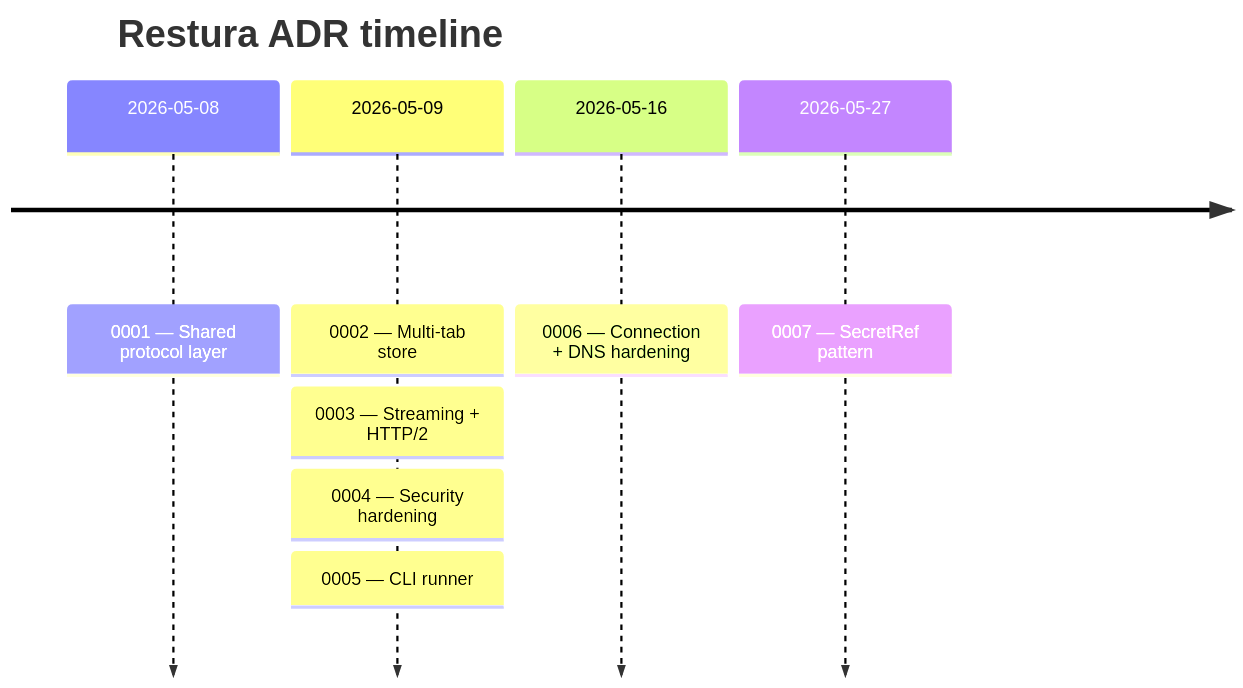
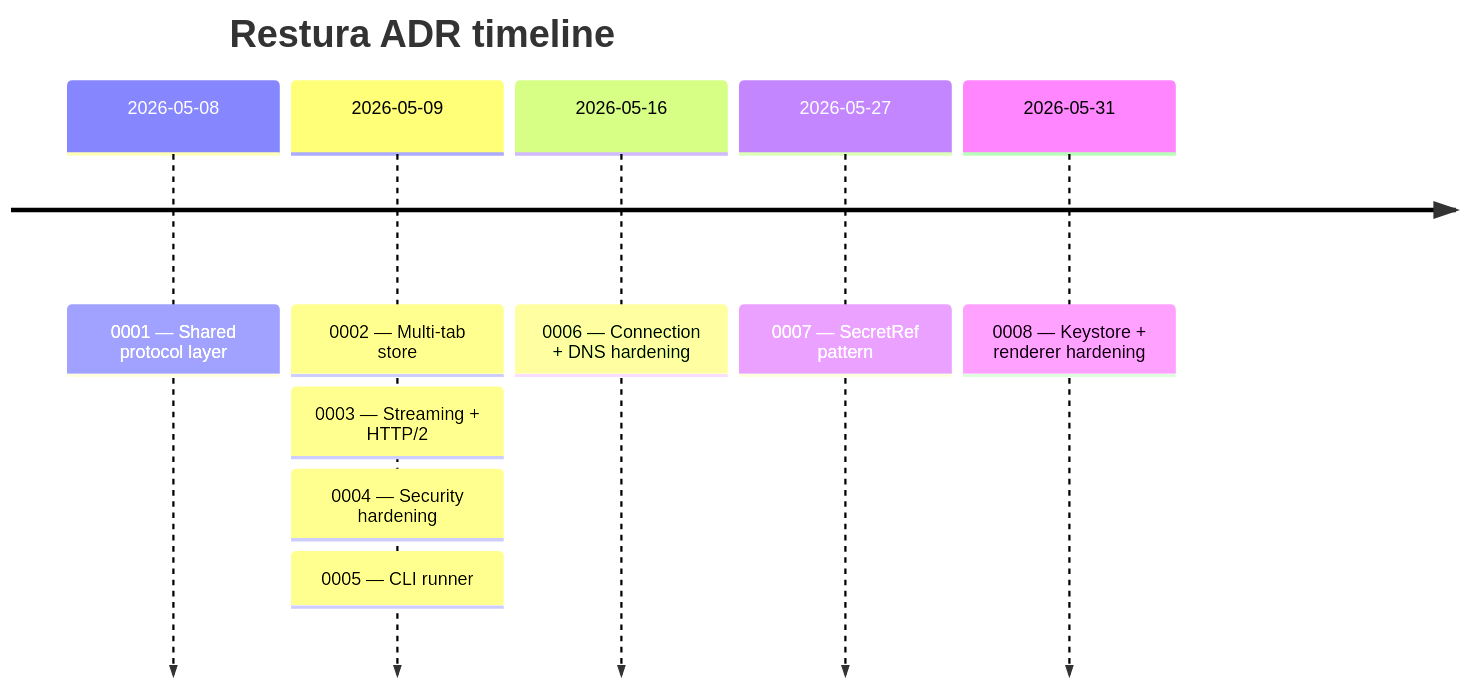
The diagram in docs-site/src/content/docs/architecture/adrs.mdx (dipjyotimetia/restura), drawn with Mermaid before and after one commit. The commit also changed other lines of this file and 5 other files, not shown here.

First line of the commit message:
docs(adr): add ADR 0008 for this session's keystore + renderer hardening

````diff
--- a/docs-site/src/content/docs/architecture/adrs.mdx
+++ b/docs-site/src/content/docs/architecture/adrs.mdx
@@ -10,11 +10,12 @@
 ```mermaid
 timeline
   title Restura ADR timeline
   2026-05-08 : 0001 — Shared protocol layer
   2026-05-09 : 0002 — Multi-tab store
              : 0003 — Streaming + HTTP/2
              : 0004 — Security hardening
              : 0005 — CLI runner
   2026-05-16 : 0006 — Connection + DNS hardening
   2026-05-27 : 0007 — SecretRef pattern
+  2026-05-31 : 0008 — Keystore + renderer hardening
 ```
````
